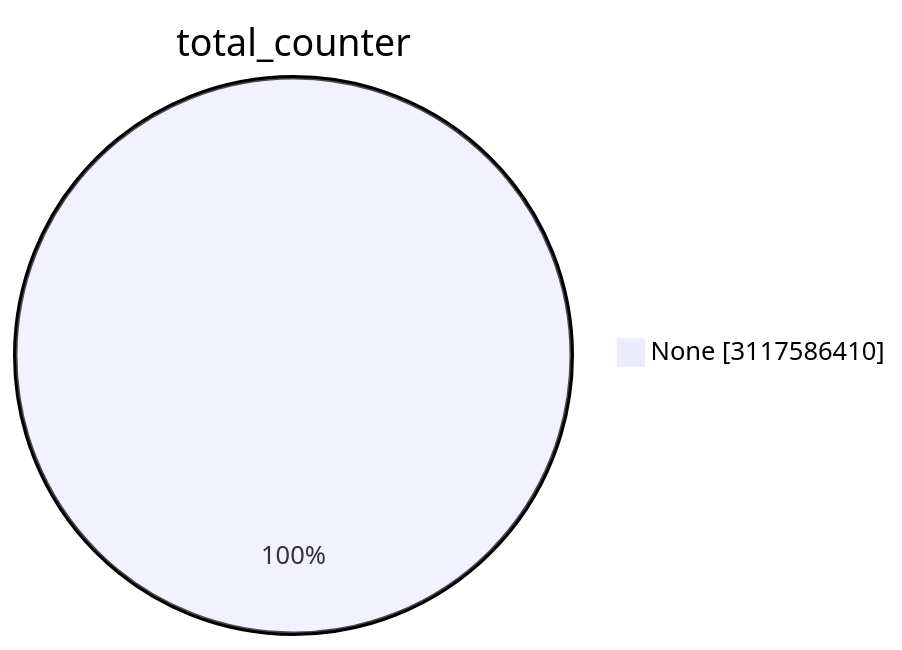
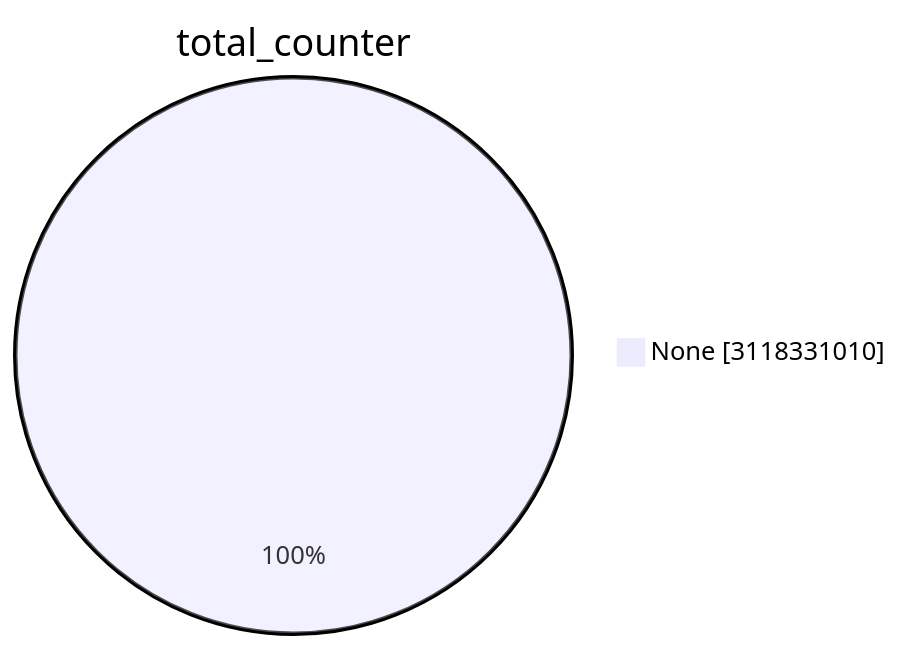
Before and after one commit to christiankrug/ctmonitor_visualization: the first of 15 diagrams in TOTAL/README.md, drawn with Mermaid. The commit also changed other lines of this file, not shown here.

````diff
--- a/TOTAL/README.md
+++ b/TOTAL/README.md
@@ -1,5 +1,5 @@
 ```mermaid
 pie showData
 title total_counter
-"None" :3117586410
+"None" :3118331010
 ```
````
